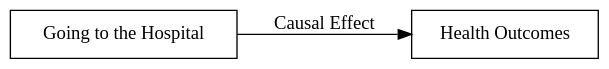
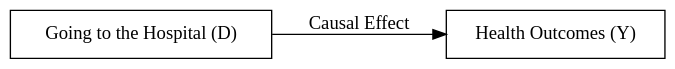
One commit to kevinli03/pspe changed the first of 2 diagrams in correlation.qmd. Above: the diagram before and after it, drawn with Graphviz. The commit also changed other lines of this file and 66 other files, not shown here.

````diff
--- a/correlation.qmd
+++ b/correlation.qmd
@@ -12,16 +12,16 @@
 ```{dot}
 //| fig-width: 4
 //| fig-height: 0.45
 digraph example1 {
   bgcolor="transparent";
   // Nodes
-  D [shape=box, label="Going to the Hospital"]
-  Y [shape=box, label="Health Outcomes"]
+  D [shape=box, label="Going to the Hospital (D)"]
+  Y [shape=box, label="Health Outcomes (Y)"]
 
   // Edges
   D -> Y [label="Causal Effect"]
 
   // Graph styling
   rankdir=LR; // Left to right layout
 }
 ```
````
